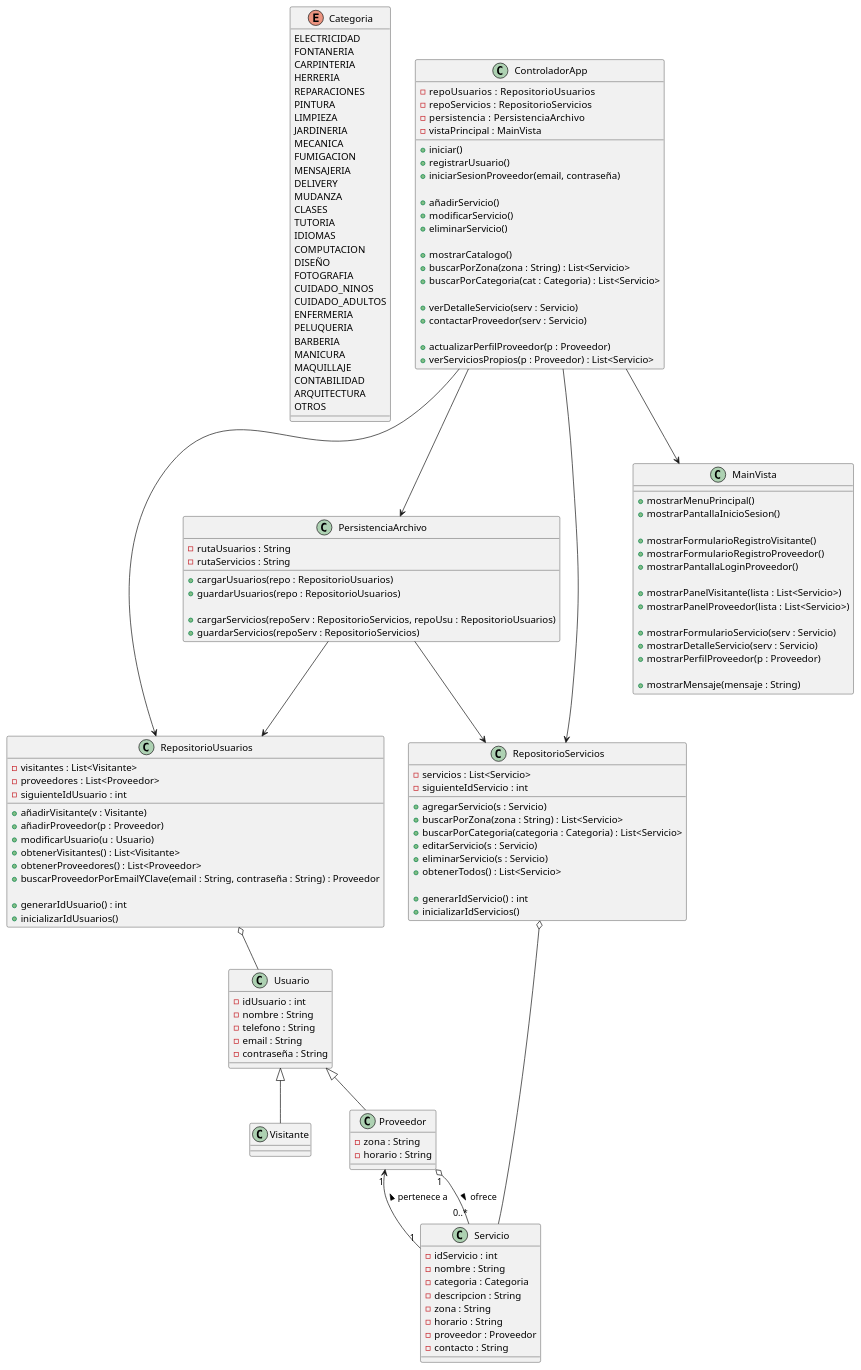
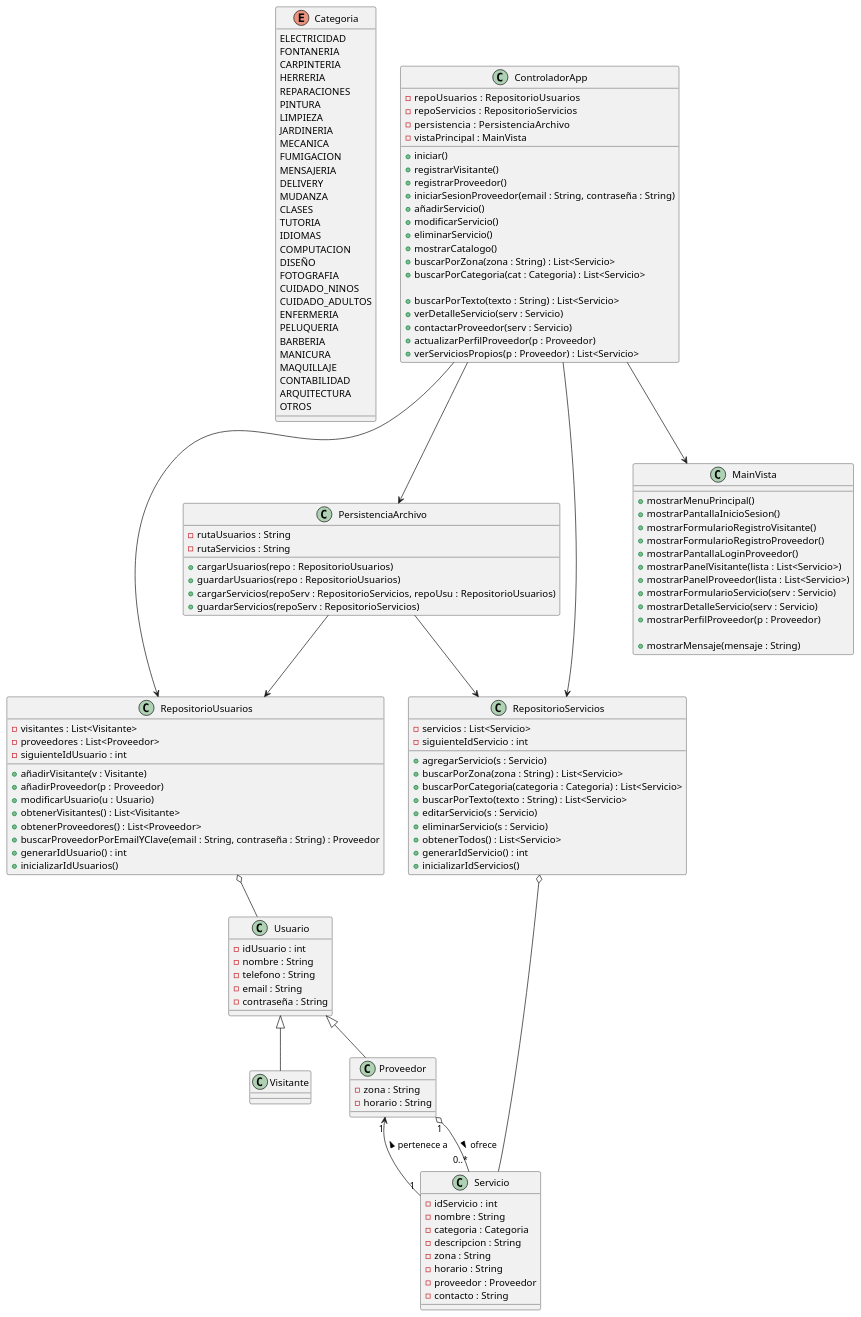
The diagram in DiagramaUML.puml (JorjaniEsp/proyecto), drawn with PlantUML before and after one commit.

Commit message:
update: diagram UML

```diff
--- a/DiagramaUML.puml
+++ b/DiagramaUML.puml
@@ -1,188 +1,181 @@
 @startuml
 
 ' ===========================
 '       ENUM
 ' ===========================
 enum Categoria {
   ELECTRICIDAD
   FONTANERIA
   CARPINTERIA
   HERRERIA
   REPARACIONES
   PINTURA
   LIMPIEZA
   JARDINERIA
   MECANICA
   FUMIGACION
   MENSAJERIA
   DELIVERY
   MUDANZA
   CLASES
   TUTORIA
   IDIOMAS
   COMPUTACION
   DISEÑO
   FOTOGRAFIA
   CUIDADO_NINOS
   CUIDADO_ADULTOS
   ENFERMERIA
   PELUQUERIA
   BARBERIA
   MANICURA
   MAQUILLAJE
   CONTABILIDAD
   ARQUITECTURA
   OTROS
 }
 
 ' ===========================
 '       CLASES DEL MODELO
 ' ===========================
 class Usuario {
   - idUsuario : int
   - nombre : String
   - telefono : String
   - email : String
   - contraseña : String
 }
 
 class Proveedor {
   - zona : String
   - horario : String
-  ' opcional: - servicios : List<Servicio>
 }
 
 class Visitante {
 }
 
 class Servicio {
   - idServicio : int
   - nombre : String
   - categoria : Categoria
   - descripcion : String
   - zona : String
   - horario : String
   - proveedor : Proveedor
   - contacto : String
 }
 
 ' ===========================
 '     REPOSITORIOS
 ' ===========================
 class RepositorioUsuarios {
   - visitantes : List<Visitante>
   - proveedores : List<Proveedor>
   - siguienteIdUsuario : int
-
   + añadirVisitante(v : Visitante)
   + añadirProveedor(p : Proveedor)
   + modificarUsuario(u : Usuario)
   + obtenerVisitantes() : List<Visitante>
   + obtenerProveedores() : List<Proveedor>
   + buscarProveedorPorEmailYClave(email : String, contraseña : String) : Proveedor
-
   ' --- Gestión de IDs ---
   + generarIdUsuario() : int
   + inicializarIdUsuarios()
 }
 
 class RepositorioServicios {
   - servicios : List<Servicio>
   - siguienteIdServicio : int
-
   + agregarServicio(s : Servicio)
   + buscarPorZona(zona : String) : List<Servicio>
   + buscarPorCategoria(categoria : Categoria) : List<Servicio>
+  ' --- Búsqueda por texto (barra de búsqueda) ---
+  + buscarPorTexto(texto : String) : List<Servicio>
   + editarServicio(s : Servicio)
   + eliminarServicio(s : Servicio)
   + obtenerTodos() : List<Servicio>
-
   ' --- Gestión de IDs ---
   + generarIdServicio() : int
   + inicializarIdServicios()
 }
 
 ' ===========================
 '   PERSISTENCIA (AUXILIAR)
 ' ===========================
 class PersistenciaArchivo {
   - rutaUsuarios : String
   - rutaServicios : String
-
   + cargarUsuarios(repo : RepositorioUsuarios)
   + guardarUsuarios(repo : RepositorioUsuarios)
-
+  ' en TXT se guarda idProveedor; aquí se reconstruye Servicio->Proveedor al cargar
   + cargarServicios(repoServ : RepositorioServicios, repoUsu : RepositorioUsuarios)
   + guardarServicios(repoServ : RepositorioServicios)
 }
 
 ' ===========================
 '       CONTROLADOR
 ' ===========================
 class ControladorApp {
   - repoUsuarios   : RepositorioUsuarios
   - repoServicios  : RepositorioServicios
   - persistencia   : PersistenciaArchivo
   - vistaPrincipal : MainVista
-
   + iniciar()
-  + registrarUsuario()
-  + iniciarSesionProveedor(email, contraseña)
-
+  ' --- Registro separado (según vistas) ---
+  + registrarVisitante()
+  + registrarProveedor()
+  + iniciarSesionProveedor(email : String, contraseña : String)
   + añadirServicio()
   + modificarServicio()
   + eliminarServicio()
-
   + mostrarCatalogo()
   + buscarPorZona(zona : String) : List<Servicio>
   + buscarPorCategoria(cat : Categoria) : List<Servicio>
 
+  ' --- Búsqueda por texto (barra) ---
+  + buscarPorTexto(texto : String) : List<Servicio>
   + verDetalleServicio(serv : Servicio)
   + contactarProveedor(serv : Servicio)
-
   + actualizarPerfilProveedor(p : Proveedor)
   + verServiciosPropios(p : Proveedor) : List<Servicio>
 }
 
 ' ===========================
 '        VISTA
 ' ===========================
 class MainVista {
   + mostrarMenuPrincipal()
   + mostrarPantallaInicioSesion()
-
   + mostrarFormularioRegistroVisitante()
   + mostrarFormularioRegistroProveedor()
   + mostrarPantallaLoginProveedor()
-
   + mostrarPanelVisitante(lista : List<Servicio>)
   + mostrarPanelProveedor(lista : List<Servicio>)
-
   + mostrarFormularioServicio(serv : Servicio)
   + mostrarDetalleServicio(serv : Servicio)
   + mostrarPerfilProveedor(p : Proveedor)
 
   + mostrarMensaje(mensaje : String)
 }
 
 ' ===========================
 '     RELACIONES (MODELO)
 ' ===========================
 Usuario <|-- Proveedor
 Usuario <|-- Visitante
 
 Proveedor "1" o-- "0..*" Servicio : ofrece >
 Servicio "1" --> "1" Proveedor : pertenece a >
 
 RepositorioUsuarios o-- Usuario
 RepositorioServicios o-- Servicio
 
 ControladorApp --> RepositorioUsuarios
 ControladorApp --> RepositorioServicios
 ControladorApp --> PersistenciaArchivo
 ControladorApp --> MainVista
 
 PersistenciaArchivo --> RepositorioUsuarios
 PersistenciaArchivo --> RepositorioServicios
 
 @enduml
```
